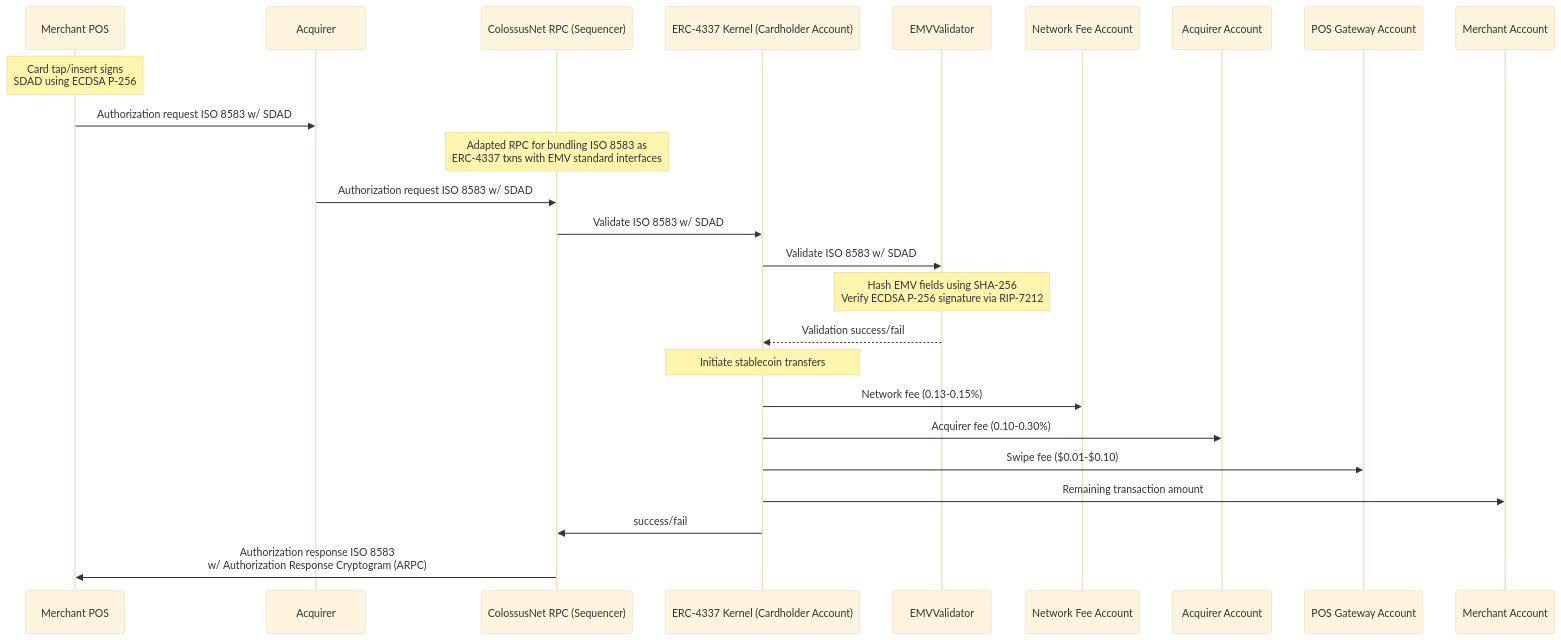
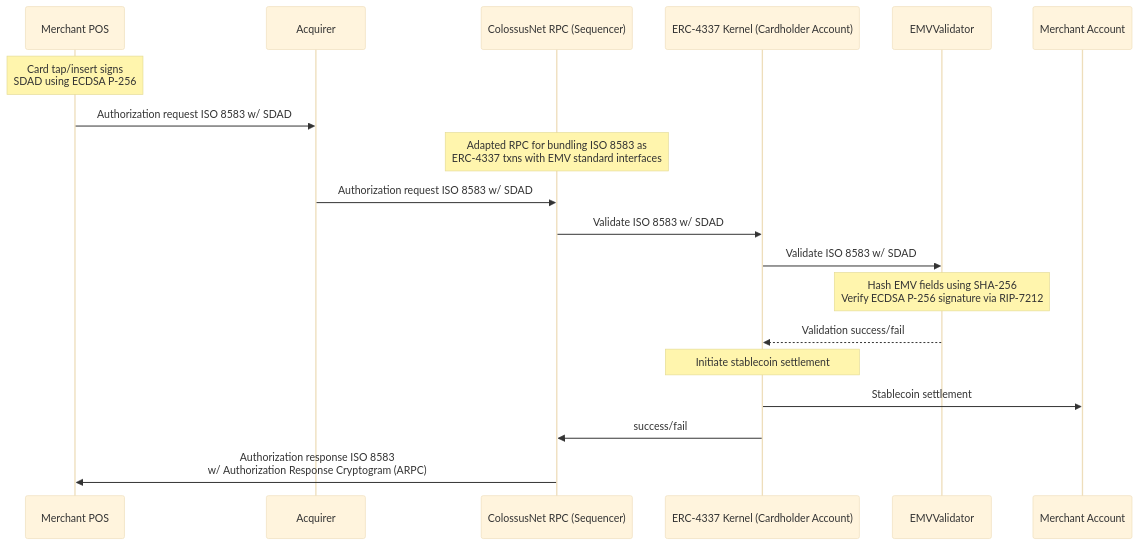
Before and after one commit to colossus-credit/docs: the first of 2 diagrams in content/docs/overview.mdx, drawn with Mermaid (base theme). The commit also changed other lines of this file and 10 other files, not shown here.

````diff
--- a/content/docs/overview.mdx
+++ b/content/docs/overview.mdx
@@ -20,30 +20,24 @@
 ```mermaid
 sequenceDiagram
     participant Merchant_POS as Merchant POS
     participant Acquirer
     participant Sequencer_Optimism as ColossusNet RPC (Sequencer)
     participant ERC4337_Kernel as ERC-4337 Kernel (Cardholder Account)
     participant EMV_Validator as EMVValidator
-    participant Sequencer_Account as Network Fee Account
-    participant Acquirer_Account as Acquirer Account
-    participant POS_Account as POS Gateway Account
     participant Merchant_Account as Merchant Account
 
     Note over Merchant_POS: Card tap/insert signs<br>SDAD using ECDSA P-256
     Merchant_POS->>Acquirer: Authorization request ISO 8583 w/ SDAD
     Note over Sequencer_Optimism: Adapted RPC for bundling ISO 8583 as<br>ERC-4337 txns with EMV standard interfaces
     Acquirer->>Sequencer_Optimism: Authorization request ISO 8583 w/ SDAD
     Sequencer_Optimism->>ERC4337_Kernel: Validate ISO 8583 w/ SDAD
     ERC4337_Kernel->>EMV_Validator: Validate ISO 8583 w/ SDAD
     Note over EMV_Validator: Hash EMV fields using SHA-256<br>Verify ECDSA P-256 signature via RIP-7212
     EMV_Validator-->>ERC4337_Kernel: Validation success/fail
-    Note over ERC4337_Kernel: Initiate stablecoin transfers
+    Note over ERC4337_Kernel: Initiate stablecoin settlement
 
-    ERC4337_Kernel->>Sequencer_Account: Network fee (0.13-0.15%)
-    ERC4337_Kernel->>Acquirer_Account: Acquirer fee (0.10-0.30%)
-    ERC4337_Kernel->>POS_Account: Swipe fee ($0.01-$0.10)
-    ERC4337_Kernel->>Merchant_Account: Remaining transaction amount
+    ERC4337_Kernel->>Merchant_Account: Stablecoin settlement
 
     ERC4337_Kernel->>Sequencer_Optimism: success/fail
     Sequencer_Optimism->>Merchant_POS: Authorization response ISO 8583<br>w/ Authorization Response Cryptogram (ARPC)
 ```
````
